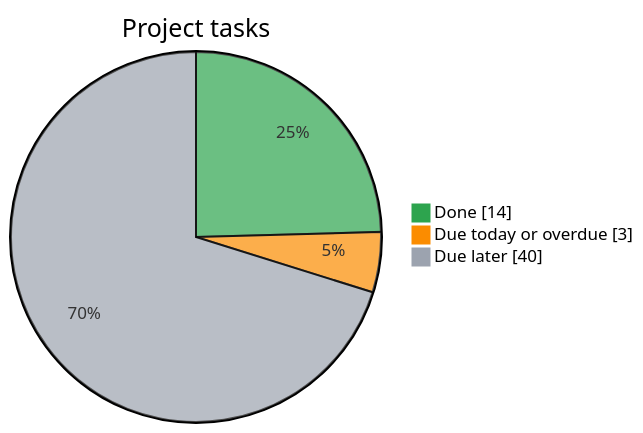
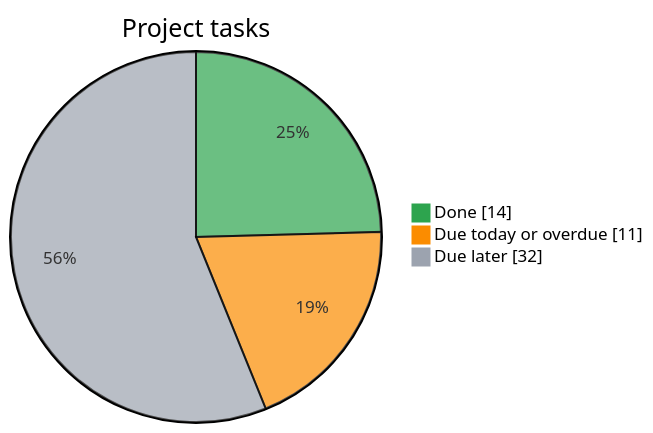
The diagram in README.md (Kr1sKros/IKT466-Corporate-Bankruptcy-Predictor), drawn with Mermaid before and after one commit. The commit also changed other lines of this file, not shown here.

Commit message:
docs: refresh task dashboard

````diff
--- a/README.md
+++ b/README.md
@@ -8,8 +8,8 @@
 ```mermaid
 %%{init: {"themeVariables": {"pie1": "#2da44e", "pie2": "#fb8c00", "pie3": "#9ca3af"}}}%%
 pie showData
     title Project tasks
     "Done" : 14
-    "Due today or overdue" : 3
-    "Due later" : 40
+    "Due today or overdue" : 11
+    "Due later" : 32
 ```
````
